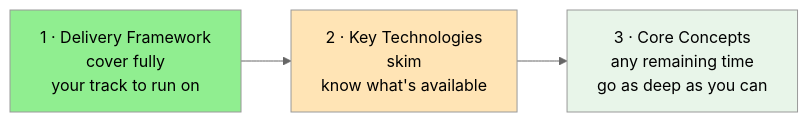
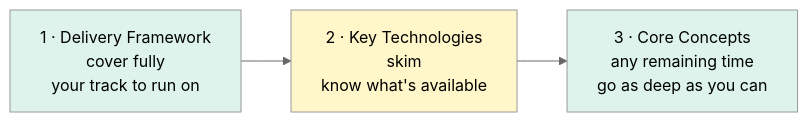
The diagram in LLD/SystemDesign/InaHurry/Introduction.md (cartmancodes/InterviewVault), drawn with Mermaid (neutral theme) before and after one commit. The commit also changed 679 other files, not shown here.

Commit message:
Unify content diagrams and add accessible visual walkthroughs

````diff
--- a/LLD/SystemDesign/InaHurry/Introduction.md
+++ b/LLD/SystemDesign/InaHurry/Introduction.md
@@ -136,9 +136,9 @@
 ```mermaid
 graph LR
     D["1 · Delivery Framework<br/>cover fully<br/>your track to run on"] --> K["2 · Key Technologies<br/>skim<br/>know what's available"]
     K --> C["3 · Core Concepts<br/>any remaining time<br/>go as deep as you can"]
 
-    style D fill:#90EE90
-    style K fill:#FFE4B5
-    style C fill:#e8f5e9
+    style D fill:#DDF3EC
+    style K fill:#FFF6C9
+    style C fill:#DDF3EC
 ```
````
